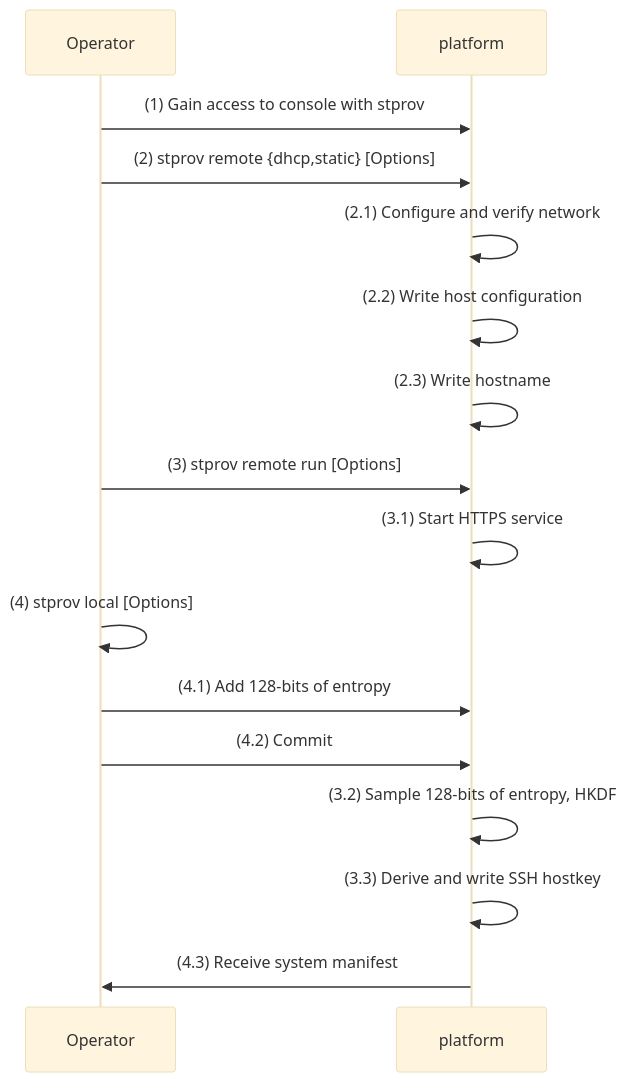
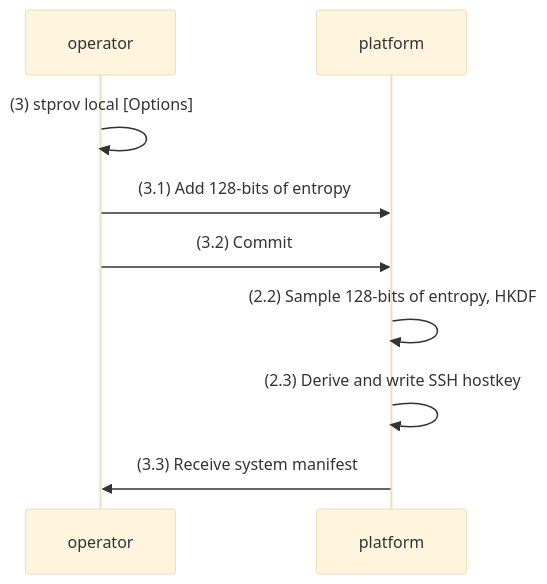
One commit to system-transparency/stprov changed the third of 3 diagrams in docs/stprov-system.md. Above: the diagram before and after it, drawn with Mermaid (base theme). The commit also changed other lines of this file, not shown here.

First line of the commit message:
docs: Split provisioning figure in two pieces

````diff
--- a/docs/stprov-system.md
+++ b/docs/stprov-system.md
@@ -94,26 +129,15 @@
 ```mermaid
 sequenceDiagram
 
-participant Operator
+participant operator
 participant platform
 
-Operator->>platform: (1) Gain access to console with stprov
+operator->>operator: (3) stprov local [Options]
+operator->>platform: (3.1) Add 128-bits of entropy
+operator->>platform: (3.2) Commit
 
-Operator->>platform: (2) stprov remote {dhcp,static} [Options]
+platform->>platform: (2.2) Sample 128-bits of entropy, HKDF
+platform->>platform: (2.3) Derive and write SSH hostkey
 
-platform->>platform: (2.1) Configure and verify network
-platform->>platform: (2.2) Write host configuration
-platform->>platform: (2.3) Write hostname
-
-Operator->>platform: (3) stprov remote run [Options]
-platform->>platform: (3.1) Start HTTPS service
-
-Operator->>Operator: (4) stprov local [Options]
-Operator->>platform: (4.1) Add 128-bits of entropy
-Operator->>platform: (4.2) Commit
-
-platform->>platform: (3.2) Sample 128-bits of entropy, HKDF
-platform->>platform: (3.3) Derive and write SSH hostkey
-
-platform->>Operator: (4.3) Receive system manifest
+platform->>operator: (3.3) Receive system manifest
 ```
````
